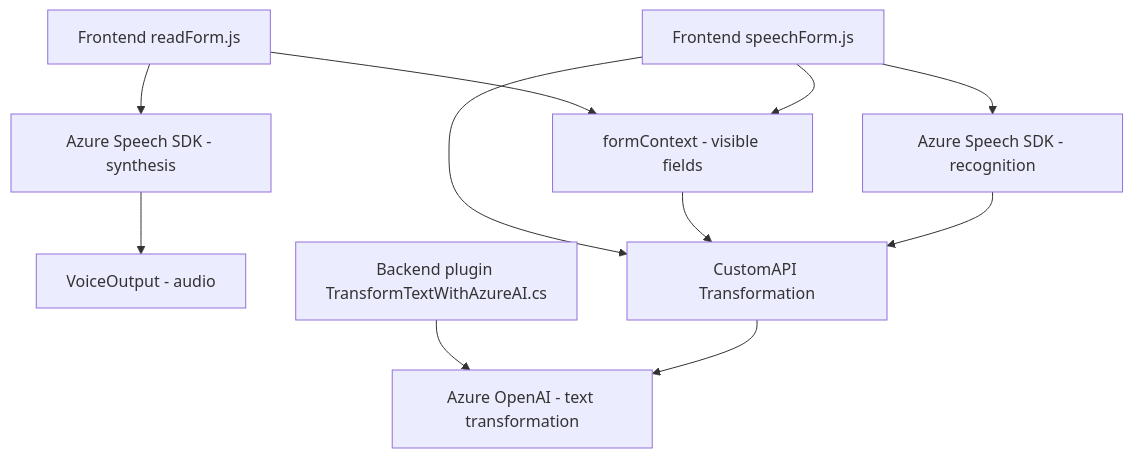
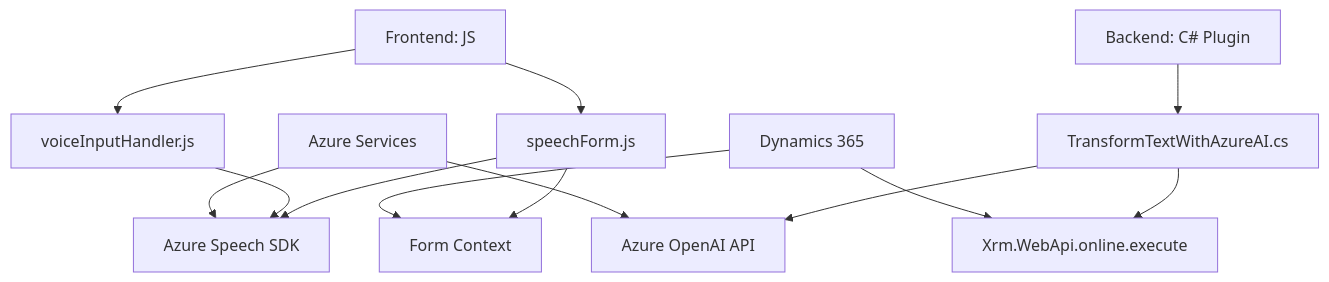
One commit to blopezdm/NETCORE_BILBAO2025 changed the diagram in README.md. Above: the diagram before and after it, drawn with Mermaid. The commit also changed other lines of this file, not shown here.

````diff
--- a/README.md
+++ b/README.md
@@ -39,16 +47,30 @@
 ```mermaid
 graph TD
-    A[Frontend readForm.js] --> B["Azure Speech SDK - synthesis"]
-    A --> D[formContext - visible fields]
-    B --> E[VoiceOutput - audio]
+  A["Frontend: JS"]
+  A1["voiceInputHandler.js"]
+  A2["speechForm.js"]
+  A --> A1
+  A --> A2
 
-    F[Frontend speechForm.js] --> G["Azure Speech SDK - recognition"]
-    F --> H[CustomAPI Transformation]
-    F --> D
+  B["Backend: C# Plugin"]
+  B1["TransformTextWithAzureAI.cs"]
+  B --> B1
 
-    I[Backend plugin TransformTextWithAzureAI.cs] --> J["Azure OpenAI - text transformation"]
-    H --> J
+  C["Azure Services"]
+  C1["Azure Speech SDK"]
+  C2["Azure OpenAI API"]
+  C --> C1
+  C --> C2
 
-    D --> H
-    G --> H
+  D["Dynamics 365"]
+  D1["Form Context"]
+  D2["Xrm.WebApi.online.execute"]
+  D --> D1
+  D --> D2
+
+  A1 --> C1
+  A2 --> C1
+  B1 --> C2
+  A2 --> D1
+  B1 --> D2
 ```
````
